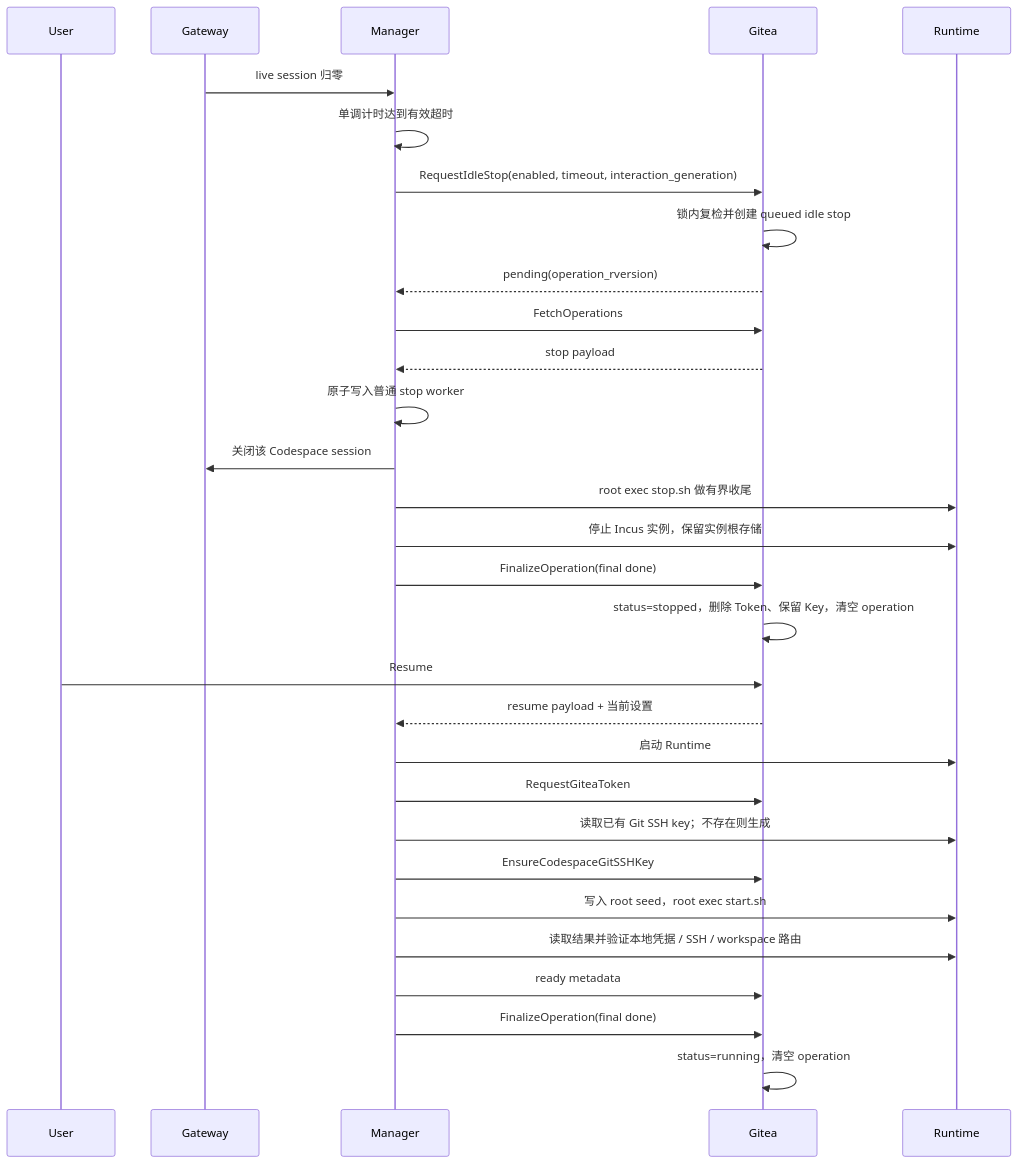
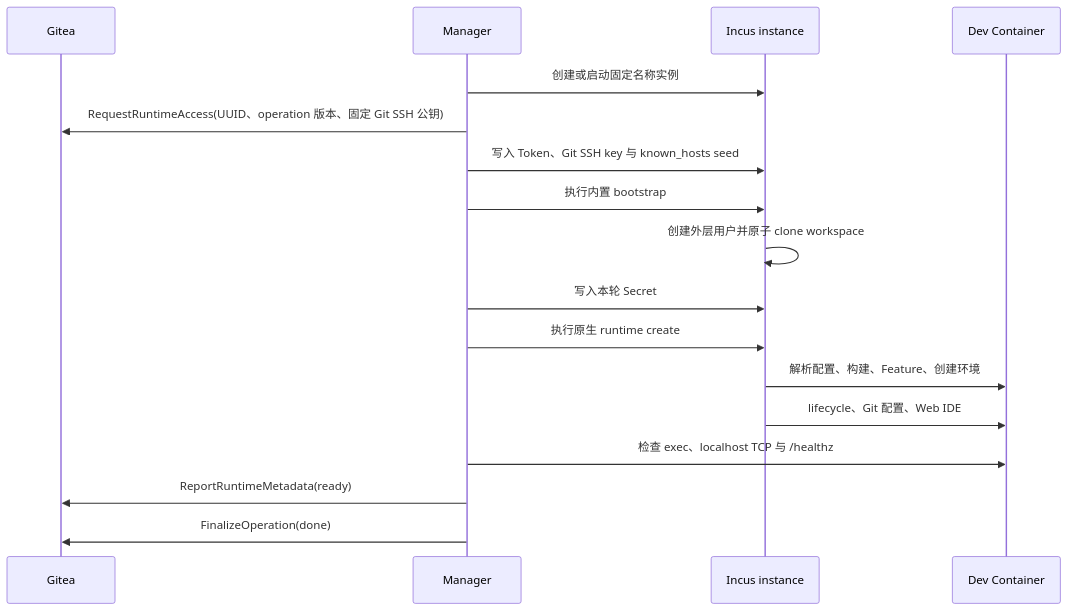
Before and after one commit to ExplodingDragon/gitea-dev: the diagram in src/lifecycle-flows.md, drawn with Mermaid. The commit also changed other lines of this file and 12 other files, not shown here.

Commit message:
docs(codespace): align native Dev Container runtime

````diff
--- a/src/lifecycle-flows.md
+++ b/src/lifecycle-flows.md
@@ -300,33 +45,20 @@
 ```mermaid
 sequenceDiagram
-    participant U as User
-    participant W as Gateway
+    participant G as Gitea
     participant M as Manager
-    participant G as Gitea
-    participant R as Runtime
+    participant I as Incus instance
+    participant D as Dev Container
 
-    W->>M: live session 归零
-    M->>M: 单调计时达到有效超时
-    M->>G: RequestIdleStop(enabled, timeout, interaction_generation)
-    G->>G: 锁内复检并创建 queued idle stop
-    G-->>M: pending(operation_rversion)
-    M->>G: FetchOperations
-    G-->>M: stop payload
-    M->>M: 原子写入普通 stop worker
-    M->>W: 关闭该 Codespace session
-    M->>R: root exec stop.sh 做有界收尾
-    M->>R: 停止 Incus 实例，保留实例根存储
-    M->>G: FinalizeOperation(final done)
-    G->>G: status=stopped，删除 Token、保留 Key，清空 operation
-    U->>G: Resume
-    G-->>M: resume payload + 当前设置
-    M->>R: 启动 Runtime
-    M->>G: RequestGiteaToken
-    M->>R: 读取已有 Git SSH key；不存在则生成
-    M->>G: EnsureCodespaceGitSSHKey
-    M->>R: 写入 root seed，root exec start.sh
-    M->>R: 读取结果并验证本地凭据 / SSH / workspace 路由
-    M->>G: ready metadata
-    M->>G: FinalizeOperation(final done)
-    G->>G: status=running，清空 operation
+    M->>I: 创建或启动固定名称实例
+    M->>G: RequestRuntimeAccess(UUID、operation 版本、固定 Git SSH 公钥)
+    M->>I: 写入 Token、Git SSH key 与 known_hosts seed
+    M->>I: 执行内置 bootstrap
+    I->>I: 创建外层用户并原子 clone workspace
+    M->>I: 写入本轮 Secret
+    M->>I: 执行原生 runtime create
+    I->>D: 解析配置、构建、Feature、创建环境
+    I->>D: lifecycle、Git 配置、Web IDE
+    M->>D: 检查 exec、localhost TCP 与 /healthz
+    M->>G: ReportRuntimeMetadata(ready)
+    M->>G: FinalizeOperation(done)
 ```
````
